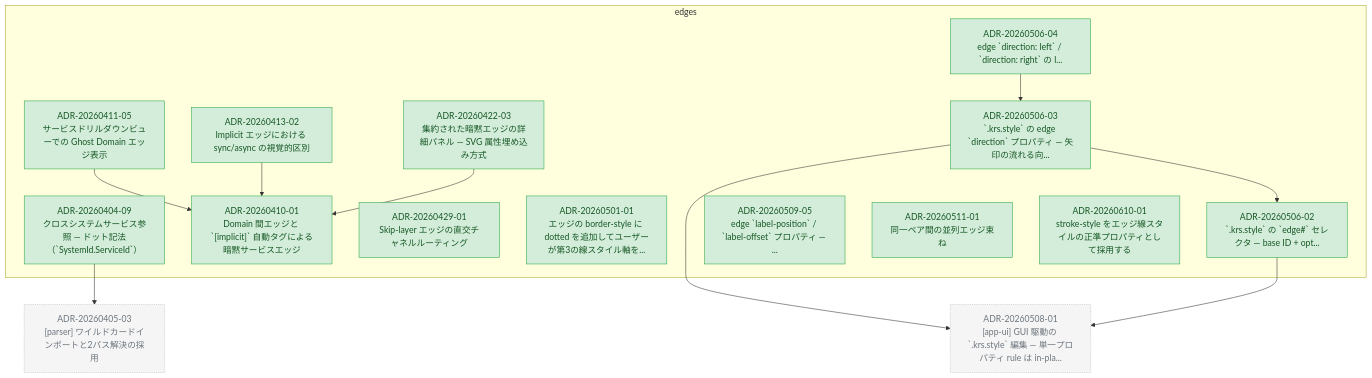
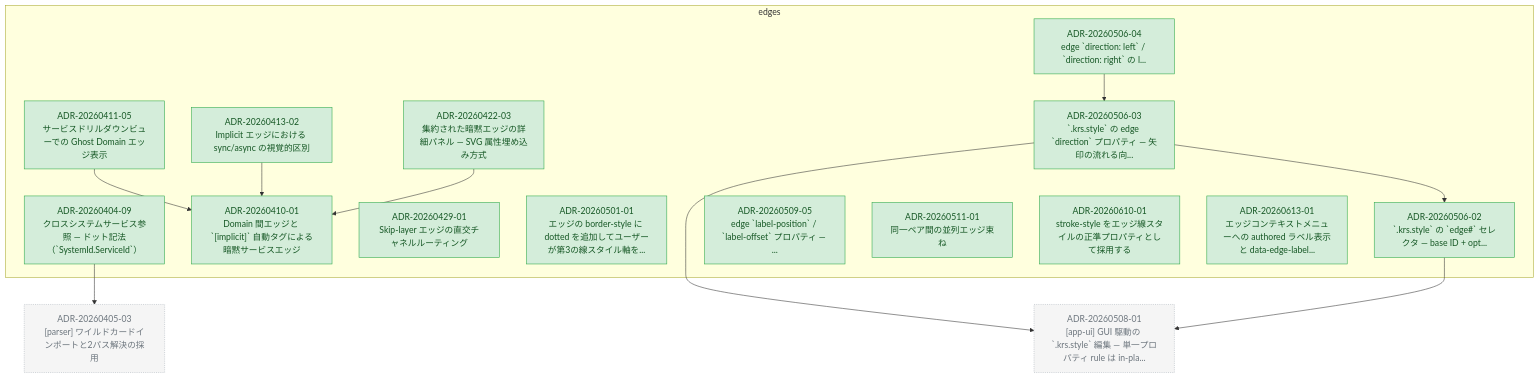
The diagram in docs/adr/graph/edges.md (kompiro/karasu), drawn with Mermaid before and after one commit. The commit also changed other lines of this file and 3 other files, not shown here.

First line of the commit message:
docs(adr): record edge-label-in-context-menu decision (ADR-20260613-01)

````diff
--- a/docs/adr/graph/edges.md
+++ b/docs/adr/graph/edges.md
@@ -6,50 +6,52 @@
 ```mermaid
 flowchart TD
   subgraph edges["edges"]
     ADR_20260404_09["ADR-20260404-09<br/>クロスシステムサービス参照 — ドット記法（`SystemId.ServiceId`）"]
     ADR_20260410_01["ADR-20260410-01<br/>Domain 間エッジと `[implicit]` 自動タグによる暗黙サービスエッジ"]
     ADR_20260411_05["ADR-20260411-05<br/>サービスドリルダウンビューでの Ghost Domain エッジ表示"]
     ADR_20260413_02["ADR-20260413-02<br/>Implicit エッジにおける sync/async の視覚的区別"]
     ADR_20260422_03["ADR-20260422-03<br/>集約された暗黙エッジの詳細パネル — SVG 属性埋め込み方式"]
     ADR_20260429_01["ADR-20260429-01<br/>Skip-layer エッジの直交チャネルルーティング"]
     ADR_20260501_01["ADR-20260501-01<br/>エッジの border-style に dotted を追加してユーザーが第3の線スタイル軸を..."]
     ADR_20260506_02["ADR-20260506-02<br/>`.krs.style` の `edge#<id>` セレクタ — base ID + opt..."]
     ADR_20260506_03["ADR-20260506-03<br/>`.krs.style` の edge `direction` プロパティ — 矢印の流れる向..."]
     ADR_20260506_04["ADR-20260506-04<br/>edge `direction: left` / `direction: right` の l..."]
     ADR_20260509_05["ADR-20260509-05<br/>edge `label-position` / `label-offset` プロパティ — ..."]
     ADR_20260511_01["ADR-20260511-01<br/>同一ペア間の並列エッジ束ね"]
     ADR_20260610_01["ADR-20260610-01<br/>stroke-style をエッジ線スタイルの正準プロパティとして採用する"]
+    ADR_20260613_01["ADR-20260613-01<br/>エッジコンテキストメニューへの authored ラベル表示と data-edge-label..."]
   end
   ADR_20260405_03["ADR-20260405-03<br/>[parser] ワイルドカードインポートと2パス解決の採用"]
   ADR_20260508_01["ADR-20260508-01<br/>[app-ui] GUI 駆動の `.krs.style` 編集 — 単一プロパティ rule は in-pla..."]
   ADR_20260404_09 --> ADR_20260405_03
   ADR_20260411_05 --> ADR_20260410_01
   ADR_20260413_02 --> ADR_20260410_01
   ADR_20260422_03 --> ADR_20260410_01
   ADR_20260506_02 --> ADR_20260508_01
   ADR_20260506_03 --> ADR_20260508_01
   ADR_20260506_03 --> ADR_20260506_02
   ADR_20260506_04 --> ADR_20260506_03
 
   classDef accepted fill:#d4edda,stroke:#28a745,color:#155724
   classDef proposed fill:#fff3cd,stroke:#ffc107,color:#856404
   classDef deprecated fill:#f8d7da,stroke:#dc3545,color:#721c24
   classDef superseded fill:#e2e3e5,stroke:#6c757d,color:#383d41
   classDef not_adopted fill:#e2e3e5,stroke:#6c757d,color:#383d41,stroke-dasharray:3 3
   classDef ghost fill:#f5f5f5,stroke:#adb5bd,color:#6c757d,stroke-dasharray:2 2
   class ADR_20260404_09 accepted
   class ADR_20260410_01 accepted
   class ADR_20260411_05 accepted
   class ADR_20260413_02 accepted
   class ADR_20260422_03 accepted
   class ADR_20260429_01 accepted
   class ADR_20260501_01 accepted
   class ADR_20260506_02 accepted
   class ADR_20260506_03 accepted
   class ADR_20260506_04 accepted
   class ADR_20260509_05 accepted
   class ADR_20260511_01 accepted
   class ADR_20260610_01 accepted
+  class ADR_20260613_01 accepted
   class ADR_20260405_03 ghost
   class ADR_20260508_01 ghost
 ```
````
